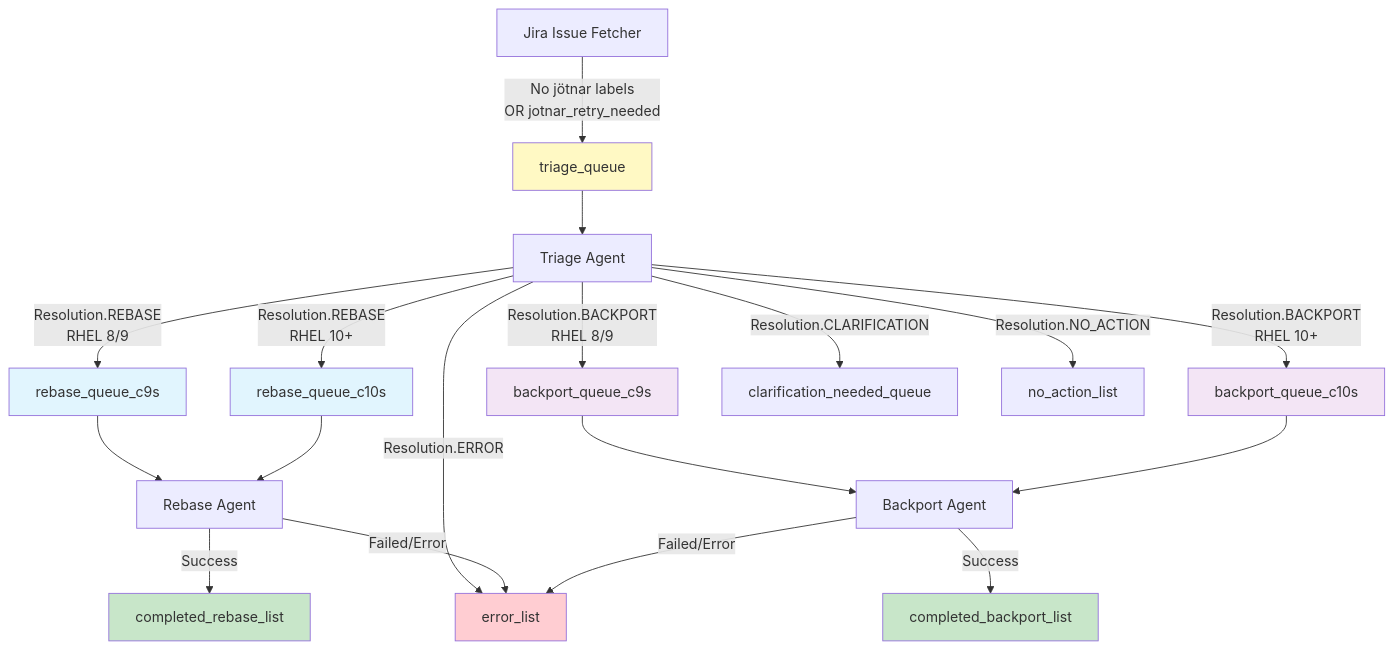
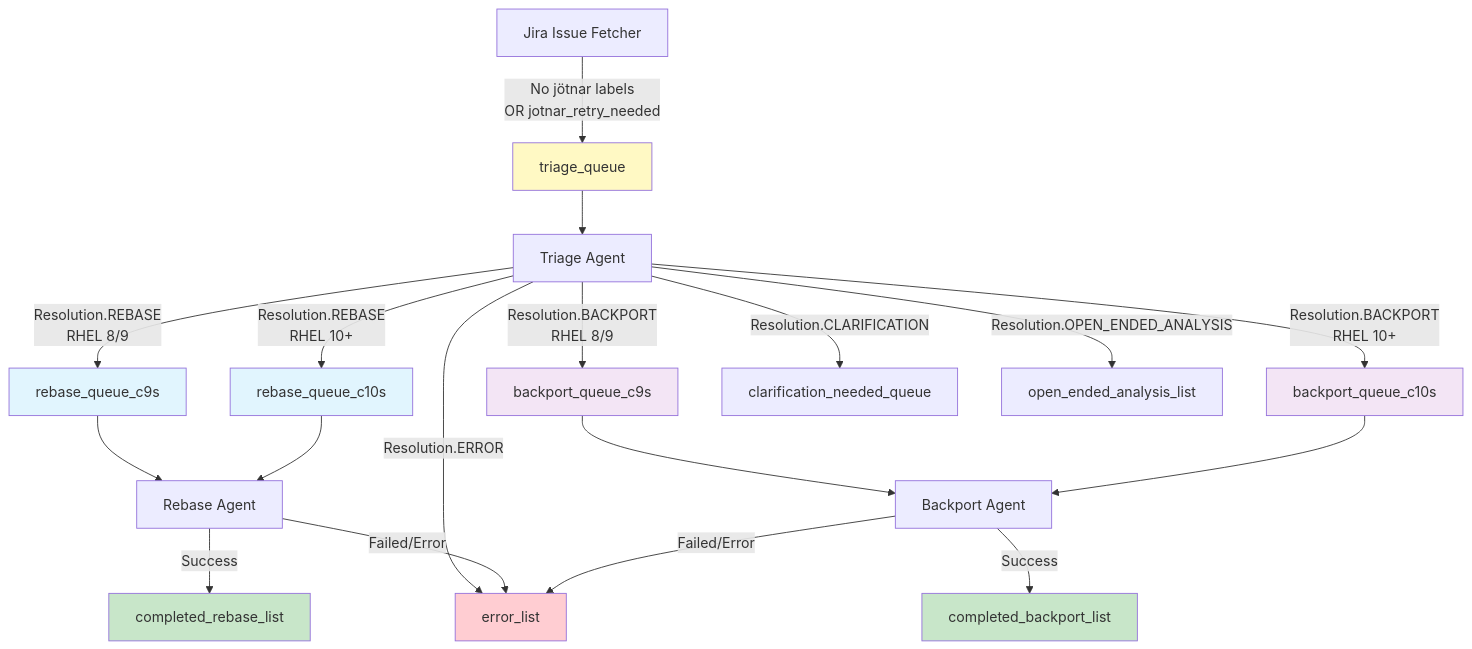
One commit to packit/ai-workflows changed the second of 3 diagrams in jira_label_workflow_routing.md. Above: the diagram before and after it, drawn with Mermaid. The commit also changed other lines of this file and 8 other files, not shown here.

First line of the commit message:
Replace no-action resolution with open-ended-analysis in triage agent

````diff
--- a/jira_label_workflow_routing.md
+++ b/jira_label_workflow_routing.md
@@ -25,35 +25,35 @@
 ```mermaid
 flowchart TD
     FETCH[Jira Issue Fetcher]
 
     FETCH -->|No jötnar labels<br/>OR jotnar_retry_needed| TRIAGE[triage_queue]
 
     TRIAGE --> TRIAGE_AGENT[Triage Agent]
 
     TRIAGE_AGENT -->|Resolution.REBASE<br/>RHEL 8/9| REBASE_C9S[rebase_queue_c9s]
     TRIAGE_AGENT -->|Resolution.REBASE<br/>RHEL 10+| REBASE_C10S[rebase_queue_c10s]
     TRIAGE_AGENT -->|Resolution.BACKPORT<br/>RHEL 8/9| BACKPORT_C9S[backport_queue_c9s]
     TRIAGE_AGENT -->|Resolution.BACKPORT<br/>RHEL 10+| BACKPORT_C10S[backport_queue_c10s]
     TRIAGE_AGENT -->|Resolution.CLARIFICATION| CLARIFY[clarification_needed_queue]
-    TRIAGE_AGENT -->|Resolution.NO_ACTION| NOACTION[no_action_list]
+    TRIAGE_AGENT -->|Resolution.OPEN_ENDED_ANALYSIS| ANALYSIS[open_ended_analysis_list]
     TRIAGE_AGENT -->|Resolution.ERROR| ERROR[error_list]
 
     REBASE_C9S --> REBASE_AGENT[Rebase Agent]
     REBASE_C10S --> REBASE_AGENT
     BACKPORT_C9S --> BACKPORT_AGENT[Backport Agent]
     BACKPORT_C10S --> BACKPORT_AGENT
 
     REBASE_AGENT -->|Success| COMPLETED_R[completed_rebase_list]
     REBASE_AGENT -->|Failed/Error| ERROR
     BACKPORT_AGENT -->|Success| COMPLETED_B[completed_backport_list]
     BACKPORT_AGENT -->|Failed/Error| ERROR
 
     style TRIAGE fill:#fff9c4
     style REBASE_C9S fill:#e1f5fe
     style REBASE_C10S fill:#e1f5fe
     style BACKPORT_C9S fill:#f3e5f5
     style BACKPORT_C10S fill:#f3e5f5
     style ERROR fill:#ffcdd2
     style COMPLETED_R fill:#c8e6c9
     style COMPLETED_B fill:#c8e6c9
 ```
````
